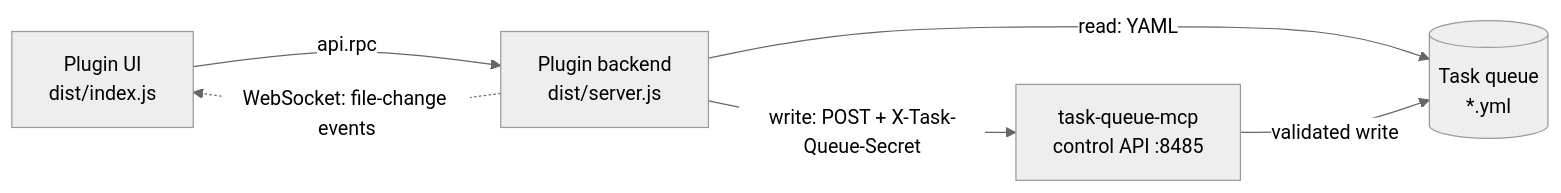
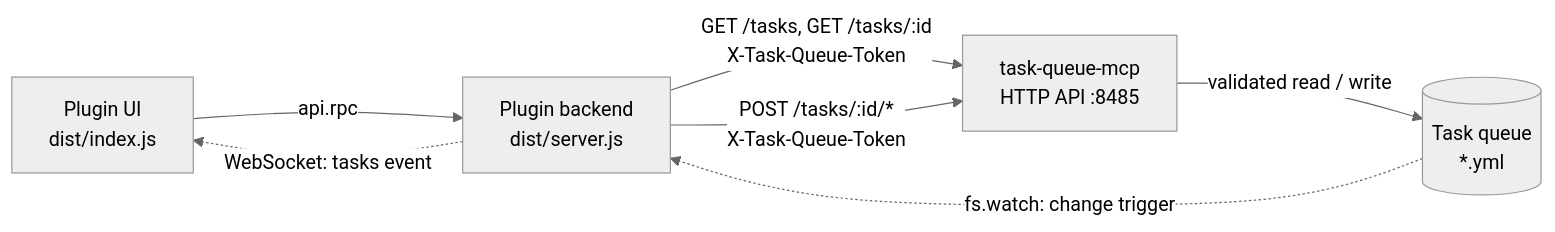
Before and after one commit to TadMSTR/cloudcli-plugin-task-queue: the diagram in README.md, drawn with Mermaid (neutral theme). The commit also changed other lines of this file and 14 other files, not shown here.

First line of the commit message:
feat: own client token from a file; every queue read through the API (v0.11.0) (#13)

````diff
--- a/README.md
+++ b/README.md
@@ -20,8 +20,9 @@
 ```mermaid
 flowchart LR
   UI["Plugin UI<br/>dist/index.js"] -->|api.rpc| BE["Plugin backend<br/>dist/server.js"]
-  BE -->|"read: YAML"| Q[("Task queue<br/>*.yml")]
-  BE -->|"write: POST + X-Task-Queue-Secret"| MCP["task-queue-mcp<br/>control API :8485"]
-  MCP -->|validated write| Q
-  BE -.->|"WebSocket: file-change events"| UI
+  BE -->|"GET /tasks, GET /tasks/:id<br/>X-Task-Queue-Token"| MCP["task-queue-mcp<br/>HTTP API :8485"]
+  BE -->|"POST /tasks/:id/*<br/>X-Task-Queue-Token"| MCP
+  MCP -->|validated read / write| Q[("Task queue<br/>*.yml")]
+  Q -.->|"fs.watch: change trigger"| BE
+  BE -.->|"WebSocket: tasks event"| UI
 ```
````
